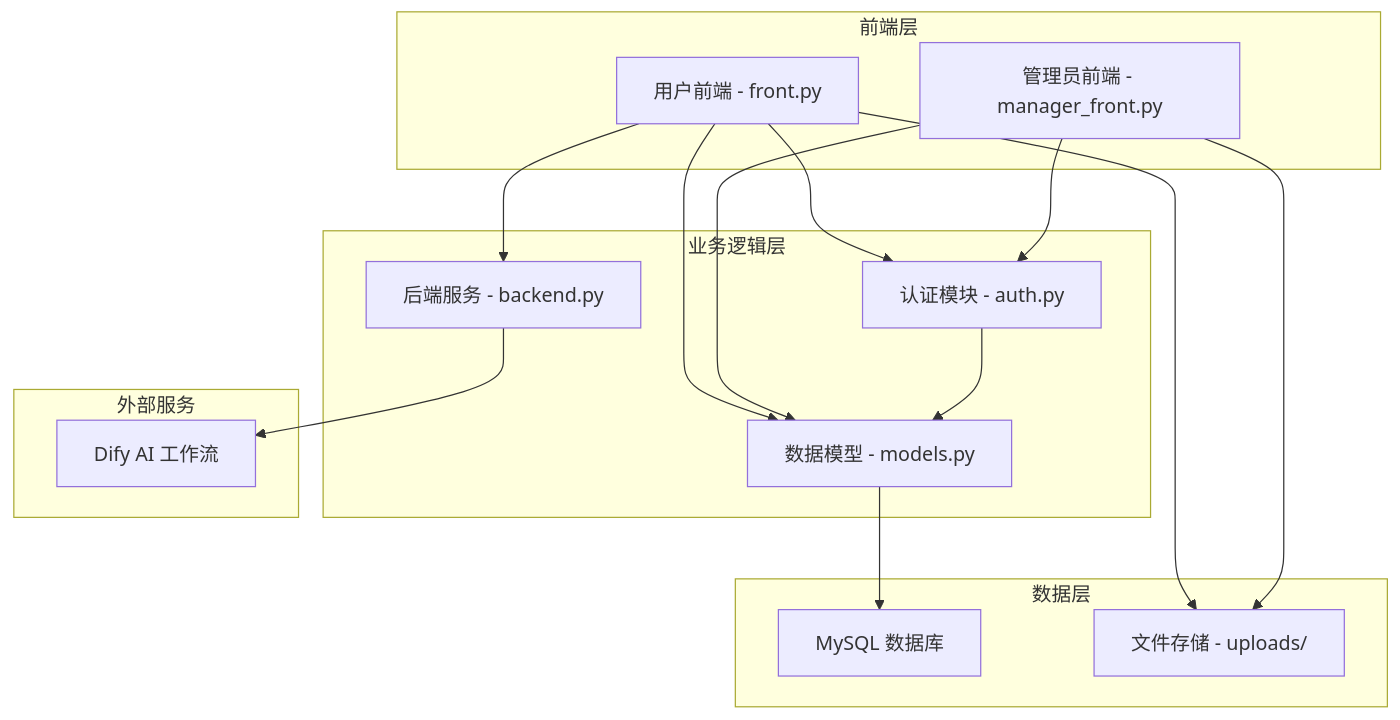
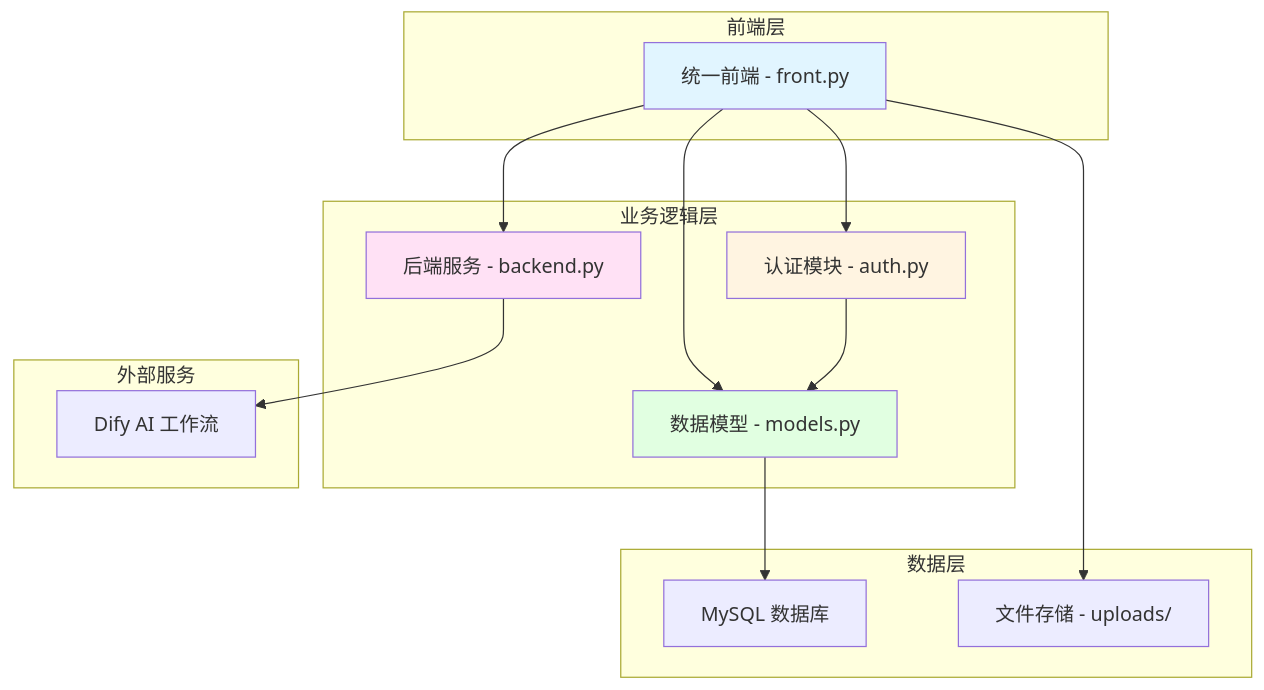
Before and after one commit to MJ-CJM/ALMA: the first of 4 diagrams in design/项目架构设计文档.md, drawn with Mermaid. The commit also changed other lines of this file and 4 other files, not shown here.

````diff
--- a/design/项目架构设计文档.md
+++ b/design/项目架构设计文档.md
@@ -9,33 +9,34 @@
 ```mermaid
 graph TB
     subgraph "前端层"
-        A[用户前端 - front.py]
-        B[管理员前端 - manager_front.py]
+        A[统一前端 - front.py]
     end
     
     subgraph "业务逻辑层"
         C[认证模块 - auth.py]
         D[后端服务 - backend.py]
         E[数据模型 - models.py]
     end
     
     subgraph "数据层"
         F[MySQL 数据库]
         G[文件存储 - uploads/]
     end
     
     subgraph "外部服务"
         H[Dify AI 工作流]
     end
     
     A --> C
     A --> D
     A --> E
-    B --> C
-    B --> E
     C --> E
     D --> H
     E --> F
     A --> G
-    B --> G
+    
+    style A fill:#e1f5ff
+    style C fill:#fff4e1
+    style D fill:#ffe1f5
+    style E fill:#e1ffe1
 ```
````
